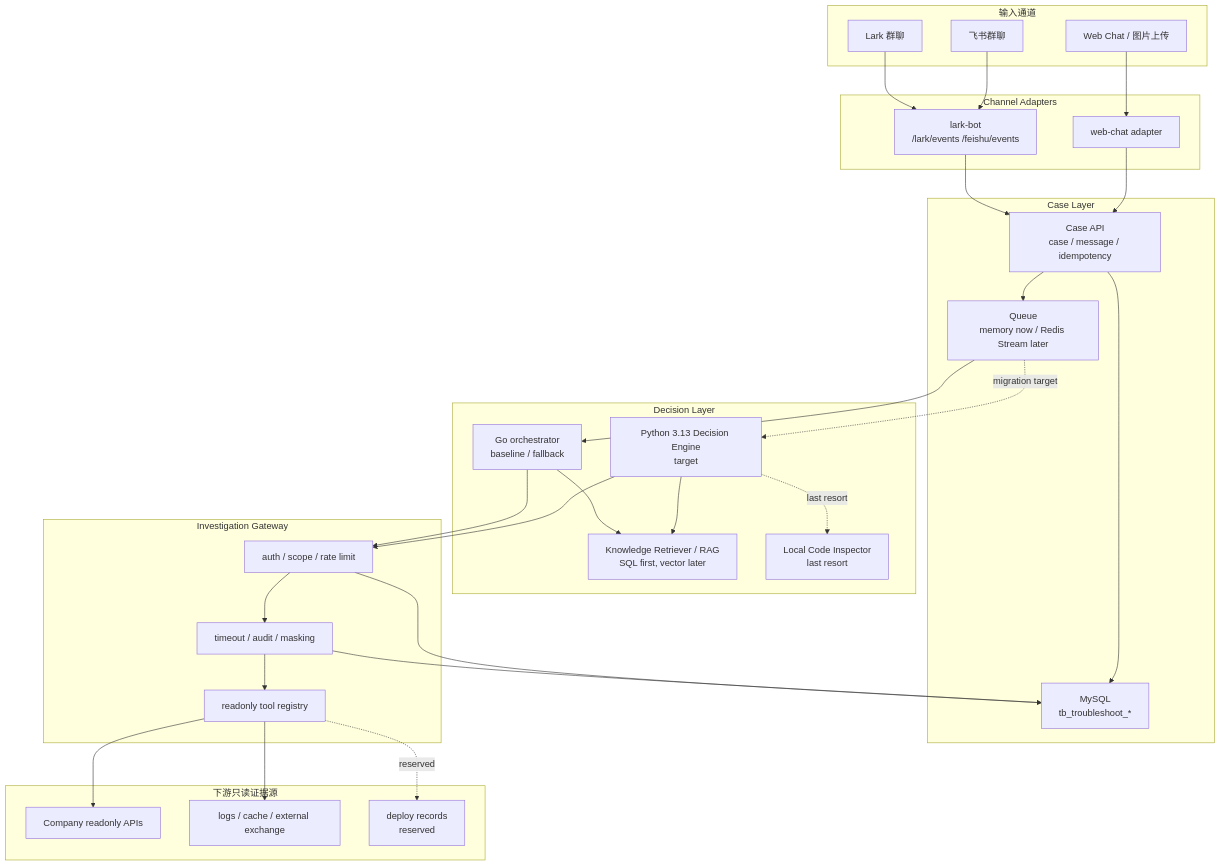
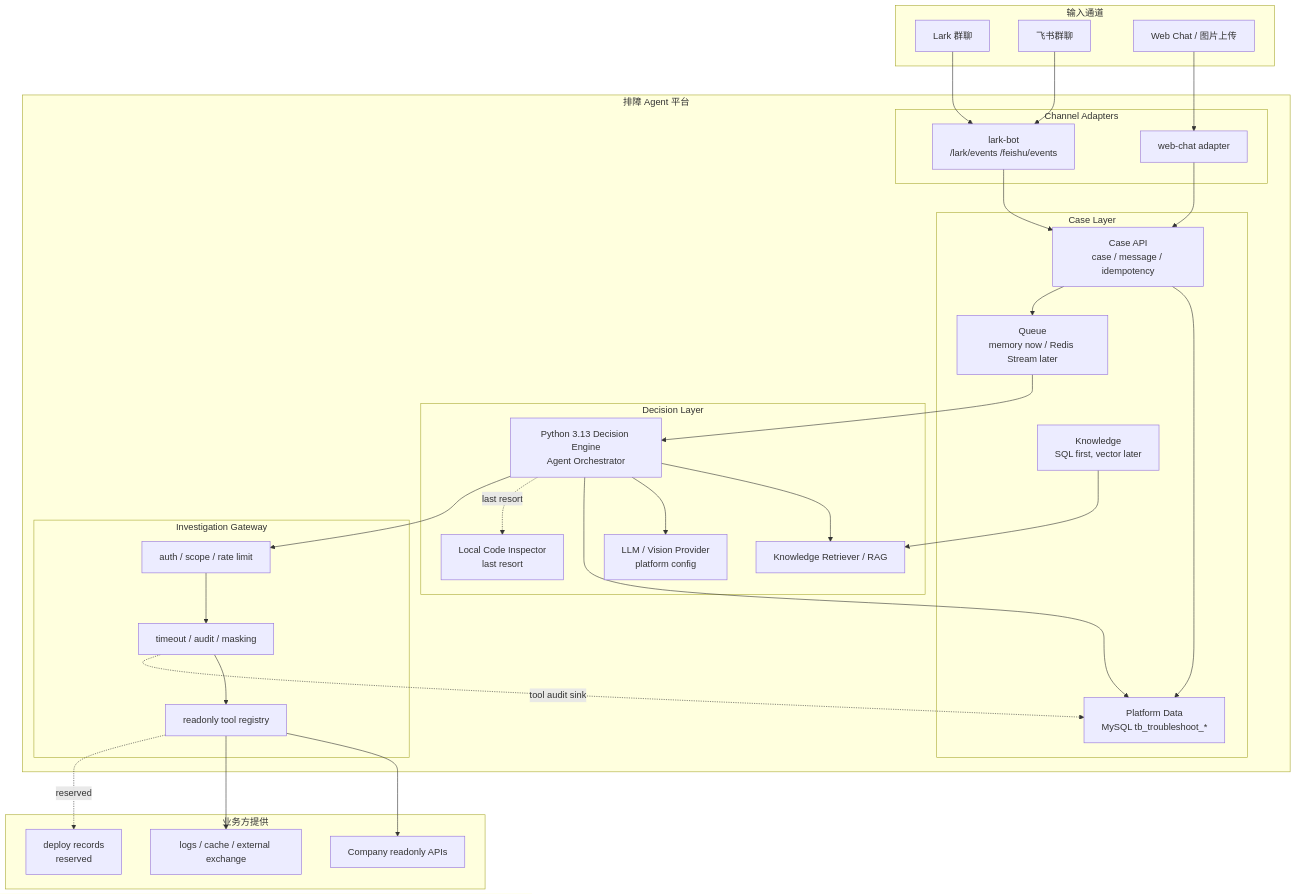
Before and after one commit to Nankis/ai-troubleshooter: the diagram in docs/architecture-decisions.md, drawn with Mermaid. The commit also changed other lines of this file and 33 other files, not shown here.

Commit message:
Clarify platform architecture boundaries

````diff
--- a/docs/architecture-decisions.md
+++ b/docs/architecture-decisions.md
@@ -34,60 +34,62 @@
 ```mermaid
 flowchart TB
   subgraph Inputs["输入通道"]
     Lark["Lark 群聊"]
     Feishu["飞书群聊"]
     Web["Web Chat / 图片上传"]
   end
 
-  subgraph Intake["Channel Adapters"]
-    LarkBot["lark-bot<br/>/lark/events /feishu/events"]
-    WebAdapter["web-chat adapter"]
+  subgraph Platform["排障 Agent 平台"]
+    subgraph Intake["Channel Adapters"]
+      LarkBot["lark-bot<br/>/lark/events /feishu/events"]
+      WebAdapter["web-chat adapter"]
+    end
+
+    subgraph CaseLayer["Case Layer"]
+      CaseAPI["Case API<br/>case / message / idempotency"]
+      Queue["Queue<br/>memory now / Redis Stream later"]
+      Store["Platform Data<br/>MySQL tb_troubleshoot_*"]
+      Knowledge["Knowledge<br/>SQL first, vector later"]
+    end
+
+    subgraph Brain["Decision Layer"]
+      PyEngine["Python 3.13 Decision Engine<br/>Agent Orchestrator"]
+      Retriever["Knowledge Retriever / RAG"]
+      LocalCode["Local Code Inspector<br/>last resort"]
+      Model["LLM / Vision Provider<br/>platform config"]
+    end
+
+    subgraph Gateway["Investigation Gateway"]
+      Policy["auth / scope / rate limit"]
+      Audit["timeout / audit / masking"]
+      Registry["readonly tool registry"]
+    end
   end
 
-  subgraph CaseLayer["Case Layer"]
-    CaseAPI["Case API<br/>case / message / idempotency"]
-    Queue["Queue<br/>memory now / Redis Stream later"]
-    Store["MySQL<br/>tb_troubleshoot_*"]
-  end
-
-  subgraph Brain["Decision Layer"]
-    GoOrch["Go orchestrator<br/>baseline / fallback"]
-    PyEngine["Python 3.13 Decision Engine<br/>target"]
-    Retriever["Knowledge Retriever / RAG<br/>SQL first, vector later"]
-    LocalCode["Local Code Inspector<br/>last resort"]
-  end
-
-  subgraph Gateway["Investigation Gateway"]
-    Policy["auth / scope / rate limit"]
-    Audit["timeout / audit / masking"]
-    Registry["readonly tool registry"]
-  end
-
-  subgraph Downstream["下游只读证据源"]
+  subgraph Business["业务方提供"]
     APIs["Company readonly APIs"]
     Logs["logs / cache / external exchange"]
     Deploy["deploy records<br/>reserved"]
   end
 
   Lark --> LarkBot
   Feishu --> LarkBot
   Web --> WebAdapter
   LarkBot --> CaseAPI
   WebAdapter --> CaseAPI
   CaseAPI --> Store
   CaseAPI --> Queue
-  Queue --> GoOrch
-  Queue -. migration target .-> PyEngine
-  GoOrch --> Retriever
+  Queue --> PyEngine
   PyEngine --> Retriever
+  PyEngine --> Model
+  PyEngine --> Store
   PyEngine -. last resort .-> LocalCode
-  GoOrch --> Policy
   PyEngine --> Policy
   Policy --> Audit
   Audit --> Registry
   Registry --> APIs
   Registry --> Logs
   Registry -. reserved .-> Deploy
-  Policy --> Store
-  Audit --> Store
+  Knowledge --> Retriever
+  Audit -. tool audit sink .-> Store
 ```
````
